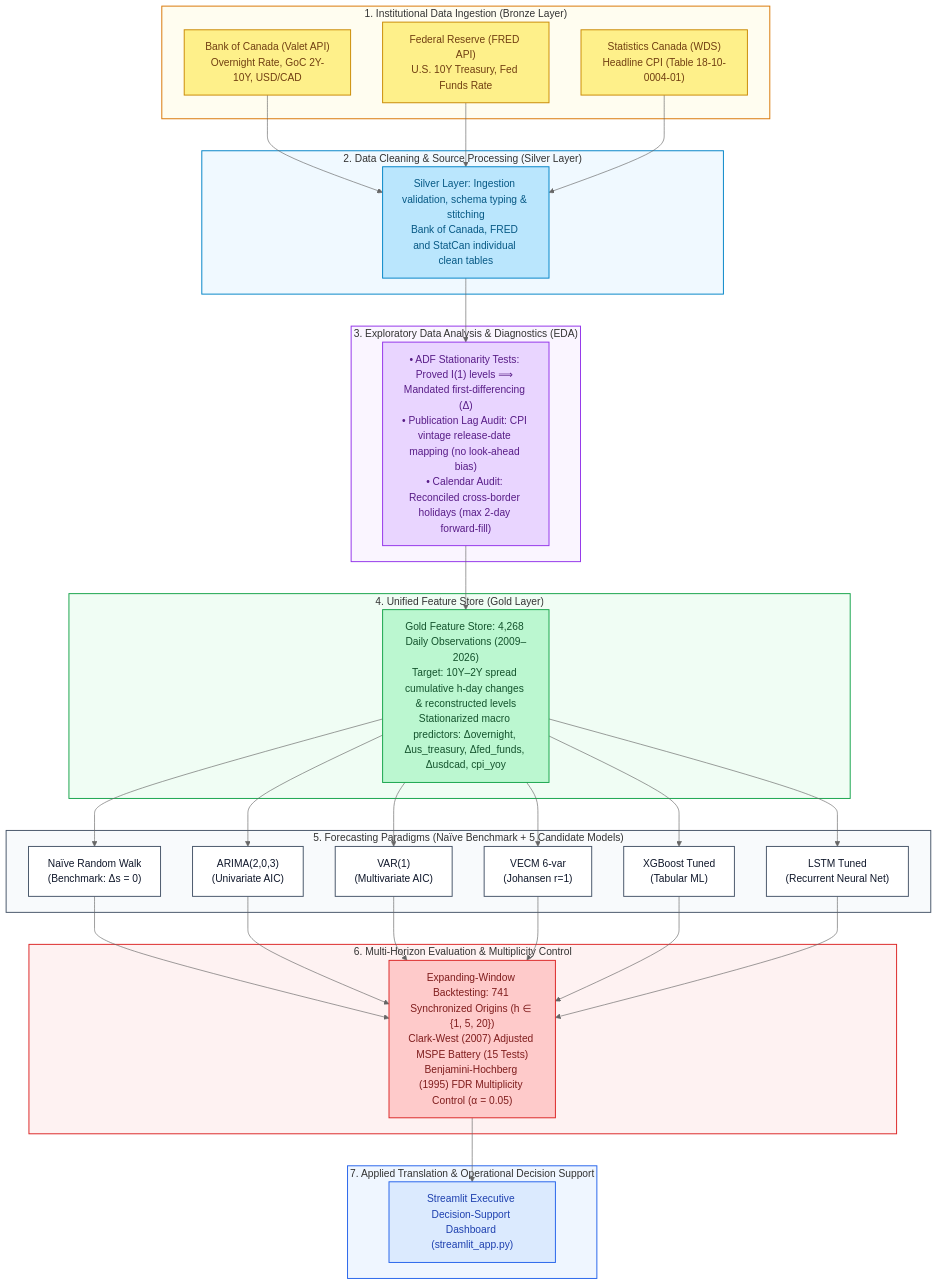
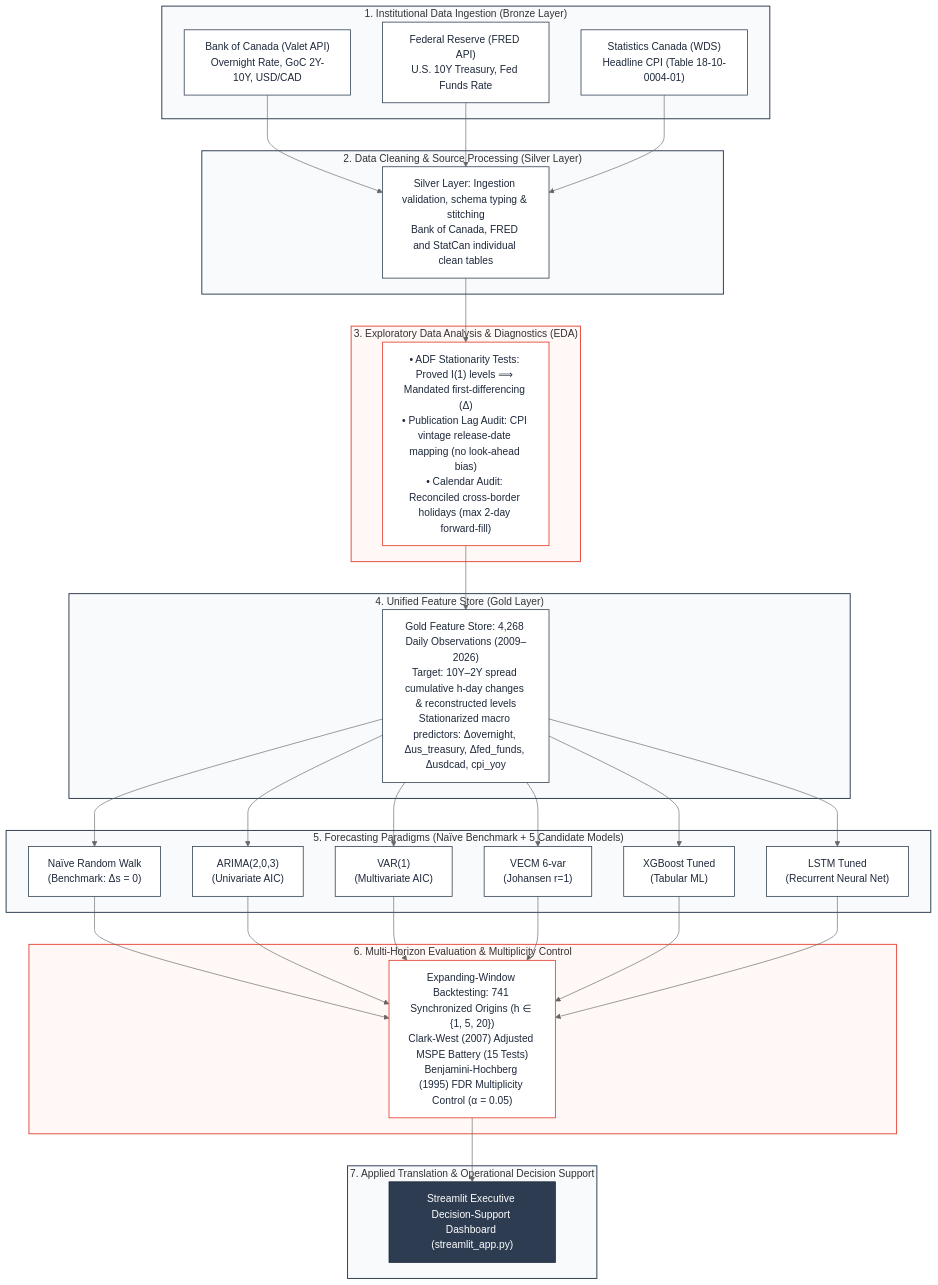
One commit to nholguinrh/DAMO-699-Capstone-project-GRP5 changed the diagram in src/reporting/pipeline_diagram.mmd. Above: the diagram before and after it, drawn with Mermaid (neutral theme). The commit also changed 12 other files, not shown here.

```diff
--- a/src/reporting/pipeline_diagram.mmd
+++ b/src/reporting/pipeline_diagram.mmd
@@ -1,78 +1,71 @@
 flowchart TD
     subgraph S1 ["1. Institutional Data Ingestion (Bronze Layer)"]
         A["Bank of Canada (Valet API)<br>Overnight Rate, GoC 2Y-10Y, USD/CAD"]
         B["Federal Reserve (FRED API)<br>U.S. 10Y Treasury, Fed Funds Rate"]
         C["Statistics Canada (WDS)<br>Headline CPI (Table 18-10-0004-01)"]
     end
 
     subgraph S2 ["2. Data Cleaning & Source Processing (Silver Layer)"]
         D["Silver Layer: Ingestion validation, schema typing & stitching<br>Bank of Canada, FRED and StatCan individual clean tables"]
     end
 
     subgraph S3 ["3. Exploratory Data Analysis & Diagnostics (EDA)"]
         E["• ADF Stationarity Tests: Proved I(1) levels ⟹ Mandated first-differencing (Δ)<br>• Publication Lag Audit: CPI vintage release-date mapping (no look-ahead bias)<br>• Calendar Audit: Reconciled cross-border holidays (max 2-day forward-fill)"]
     end
 
     subgraph S4 ["4. Unified Feature Store (Gold Layer)"]
         F["Gold Feature Store: 4,268 Daily Observations (2009–2026)<br>Target: 10Y–2Y spread cumulative h-day changes & reconstructed levels<br>Stationarized macro predictors: Δovernight, Δus_treasury, Δfed_funds, Δusdcad, cpi_yoy"]
     end
 
     subgraph S5 ["5. Forecasting Paradigms (Naïve Benchmark + 5 Candidate Models)"]
         G["Naïve Random Walk<br>(Benchmark: Δs = 0)"]
         H["ARIMA(2,0,3)<br>(Univariate AIC)"]
         I["VAR(1)<br>(Multivariate AIC)"]
         J["VECM 6-var<br>(Johansen r=1)"]
         K["XGBoost Tuned<br>(Tabular ML)"]
         L["LSTM Tuned<br>(Recurrent Neural Net)"]
     end
 
     subgraph S6 ["6. Multi-Horizon Evaluation & Multiplicity Control"]
         M["Expanding-Window Backtesting: 741 Synchronized Origins (h ∈ {1, 5, 20})<br>Clark-West (2007) Adjusted MSPE Battery (15 Tests)<br>Benjamini-Hochberg (1995) FDR Multiplicity Control (α = 0.05)"]
     end
 
     subgraph S7 ["7. Applied Translation & Operational Decision Support"]
         N["Streamlit Executive Decision-Support Dashboard (streamlit_app.py)"]
     end
 
     A --> D
     B --> D
     C --> D
     D --> E
     E --> F
     F --> G
     F --> H
     F --> I
     F --> J
     F --> K
     F --> L
     G --> M
     H --> M
     I --> M
     J --> M
     K --> M
     L --> M
     M --> N
 
-    style S1 fill:#fffdf0,stroke:#d97706,stroke-width:1.5px
-    style S2 fill:#f0f9ff,stroke:#0284c7,stroke-width:1.5px
-    style S3 fill:#faf5ff,stroke:#9333ea,stroke-width:1.5px
-    style S4 fill:#f0fdf4,stroke:#16a34a,stroke-width:1.5px
-    style S5 fill:#f8fafc,stroke:#475569,stroke-width:1.5px
-    style S6 fill:#fef2f2,stroke:#dc2626,stroke-width:1.5px
-    style S7 fill:#eff6ff,stroke:#2563eb,stroke-width:1.5px
+    style S1 fill:#f8fafc,stroke:#2d3c50,stroke-width:1.5px
+    style S2 fill:#f8fafc,stroke:#2d3c50,stroke-width:1.5px
+    style S3 fill:#fff8f6,stroke:#e64b3c,stroke-width:1.5px
+    style S4 fill:#f8fafc,stroke:#2d3c50,stroke-width:1.5px
+    style S5 fill:#f8fafc,stroke:#2d3c50,stroke-width:1.5px
+    style S6 fill:#fff8f6,stroke:#e64b3c,stroke-width:1.5px
+    style S7 fill:#f8fafc,stroke:#2d3c50,stroke-width:1.5px
 
-    classDef bronze fill:#fef08a,stroke:#ca8a04,stroke-width:1.5px,color:#713f12;
-    classDef silver fill:#bae6fd,stroke:#0284c7,stroke-width:1.5px,color:#075985;
-    classDef eda fill:#e9d5ff,stroke:#9333ea,stroke-width:1.5px,color:#581c87;
-    classDef gold fill:#bbf7d0,stroke:#16a34a,stroke-width:1.5px,color:#14532d;
-    classDef models fill:#ffffff,stroke:#475569,stroke-width:1.5px,color:#0f172a;
-    classDef eval fill:#fecaca,stroke:#dc2626,stroke-width:1.5px,color:#7f1d1d;
-    classDef dash fill:#dbeafe,stroke:#2563eb,stroke-width:1.5px,color:#1e40af;
+    classDef defaultNode fill:#ffffff,stroke:#2d3c50,stroke-width:1.2px,color:#1e293b;
+    classDef accentNode fill:#ffffff,stroke:#e64b3c,stroke-width:1.4px,color:#1e293b;
+    classDef darkNode fill:#2d3c50,stroke:#1e293b,stroke-width:1.2px,color:#ffffff;
+    classDef highlightNode fill:#e64b3c,stroke:#b91c1c,stroke-width:1.2px,color:#ffffff;
 
-    class A,B,C bronze;
-    class D silver;
-    class E eda;
-    class F gold;
-    class G,H,I,J,K,L models;
-    class M eval;
-    class N dash;
+    class A,B,C,D,F,G,H,I,J,K,L defaultNode;
+    class E,M accentNode;
+    class N darkNode;
```
